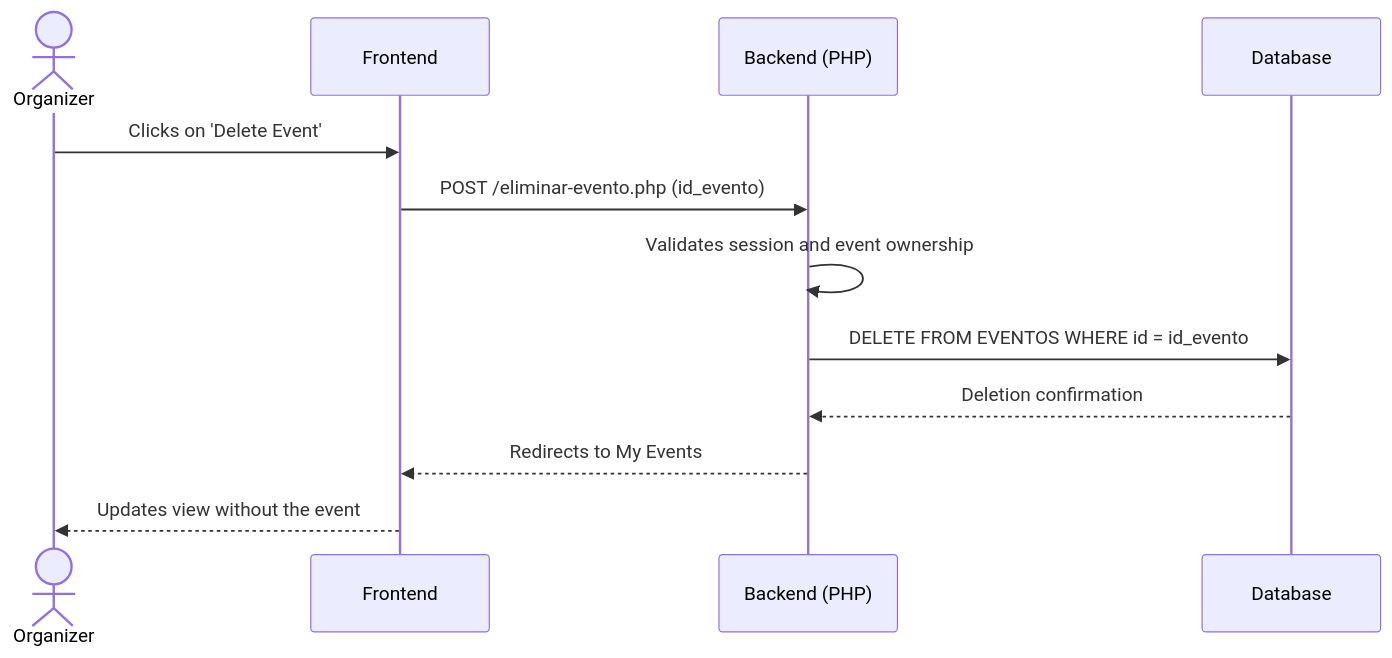
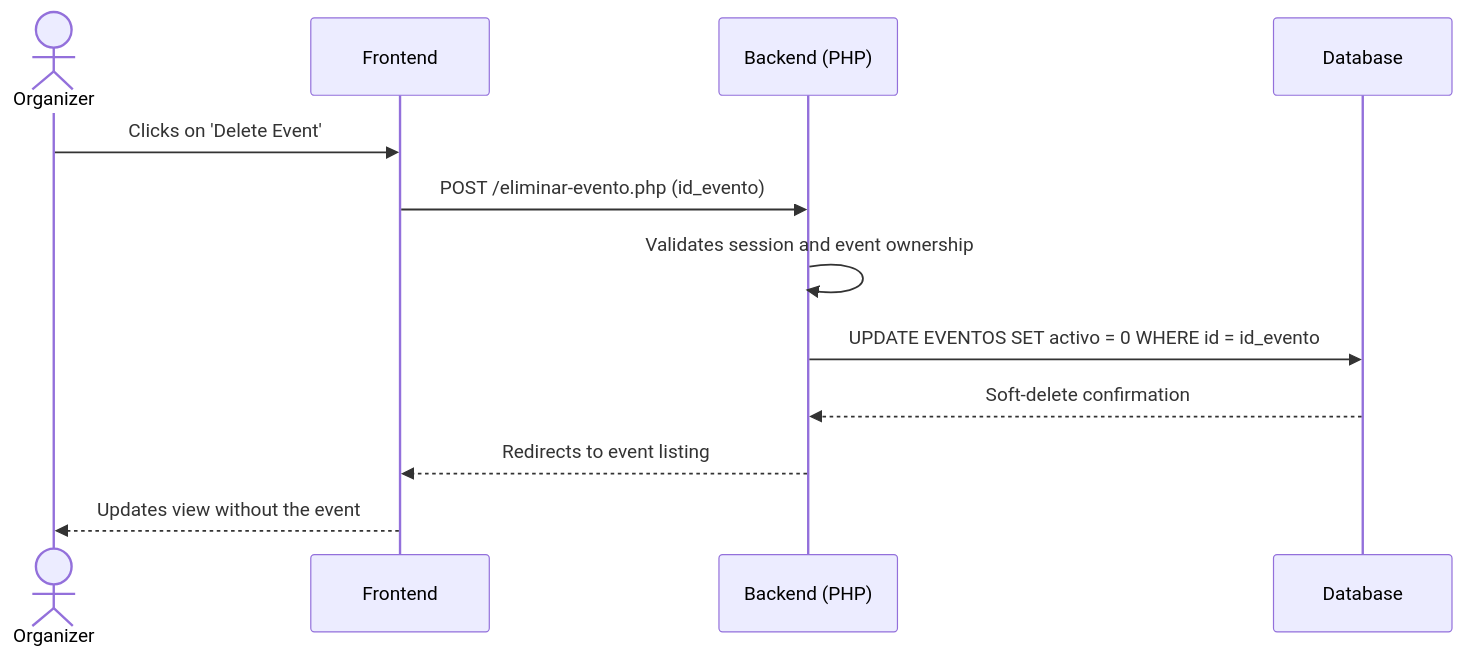
One commit to Stucom-Pelai/MP0487_RA5RA6_RunAndEat changed the fourth of 7 diagrams in README.md. Above: the diagram before and after it, drawn with Mermaid. The commit also changed other lines of this file, not shown here.

````diff
--- a/README.md
+++ b/README.md
@@ -211,15 +163,15 @@
 ```mermaid
 sequenceDiagram
     actor Organizer
     participant Frontend
     participant Backend (PHP)
     participant Database
 
     Organizer->>Frontend: Clicks on 'Delete Event'
     Frontend->>Backend (PHP): POST /eliminar-evento.php (id_evento)
     Backend (PHP)->>Backend (PHP): Validates session and event ownership
-    Backend (PHP)->>Database: DELETE FROM EVENTOS WHERE id = id_evento
-    Database-->>Backend (PHP): Deletion confirmation
-    Backend (PHP)-->>Frontend: Redirects to My Events
+    Backend (PHP)->>Database: UPDATE EVENTOS SET activo = 0 WHERE id = id_evento
+    Database-->>Backend (PHP): Soft-delete confirmation
+    Backend (PHP)-->>Frontend: Redirects to event listing
     Frontend-->>Organizer: Updates view without the event
 ```
````
